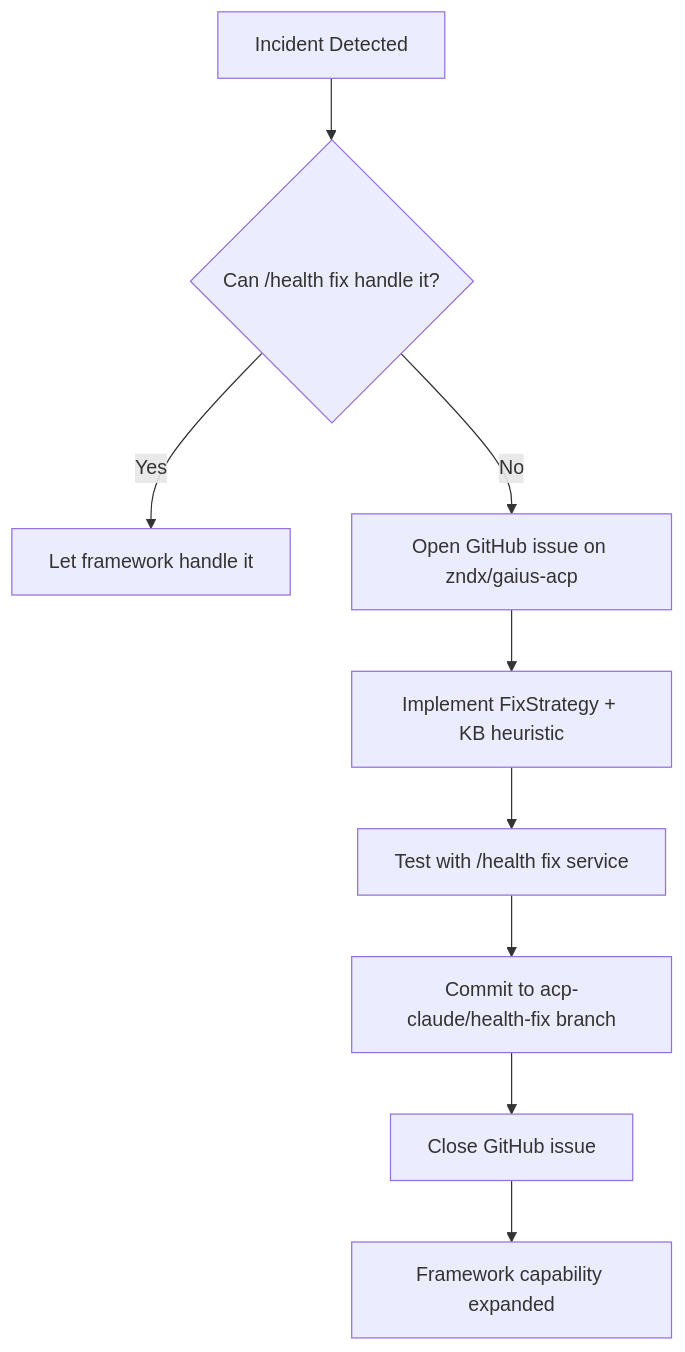
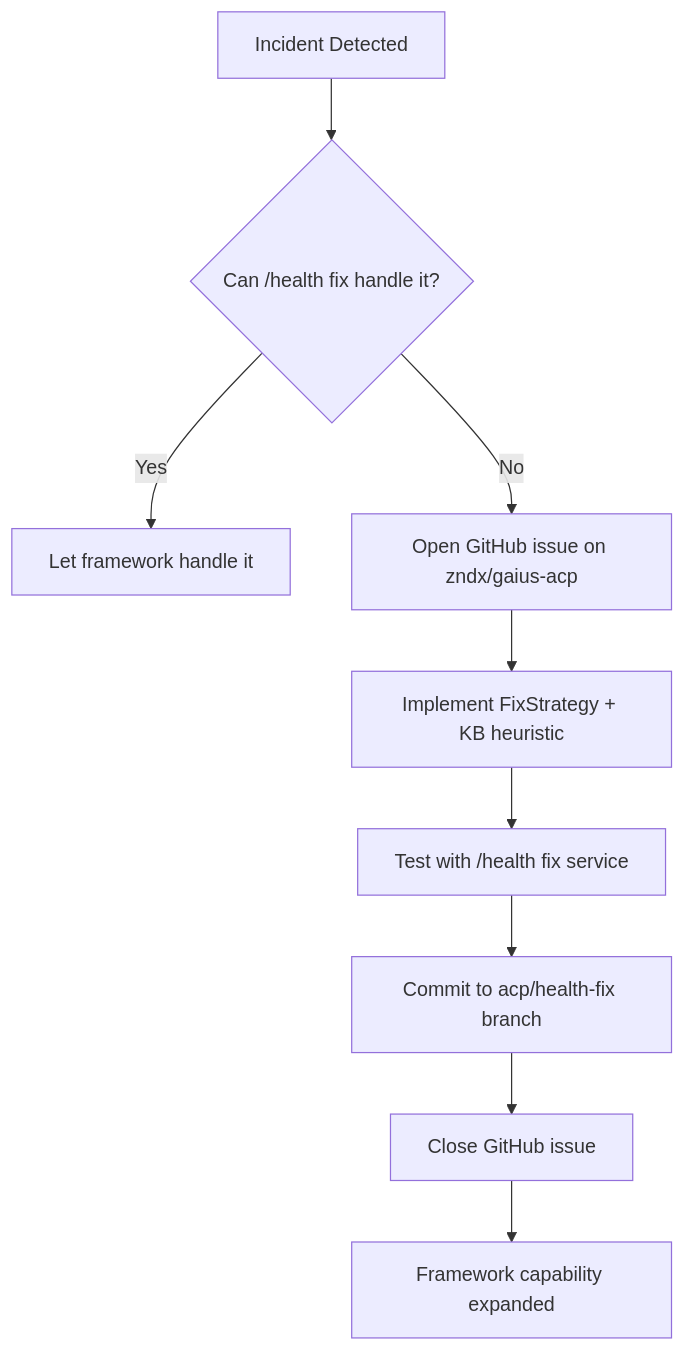
Before and after one commit to zndx/gaius: the second of 2 diagrams in src/gaius/acp/README.md, drawn with Mermaid. The commit also changed other lines of this file and 22 other files, not shown here.

First line of the commit message:
refactor(acp): replace Claude Code references with Mistral Vibe

````diff
--- a/src/gaius/acp/README.md
+++ b/src/gaius/acp/README.md
@@ -235,11 +235,11 @@
 ```mermaid
 flowchart TD
     A[Incident Detected] --> B{Can /health fix handle it?}
     B -->|Yes| C[Let framework handle it]
     B -->|No| D[Open GitHub issue on zndx/gaius-acp]
     D --> E[Implement FixStrategy + KB heuristic]
     E --> F[Test with /health fix service]
-    F --> G[Commit to acp-claude/health-fix branch]
+    F --> G[Commit to acp/health-fix branch]
     G --> H[Close GitHub issue]
     H --> I[Framework capability expanded]
 ```
````
